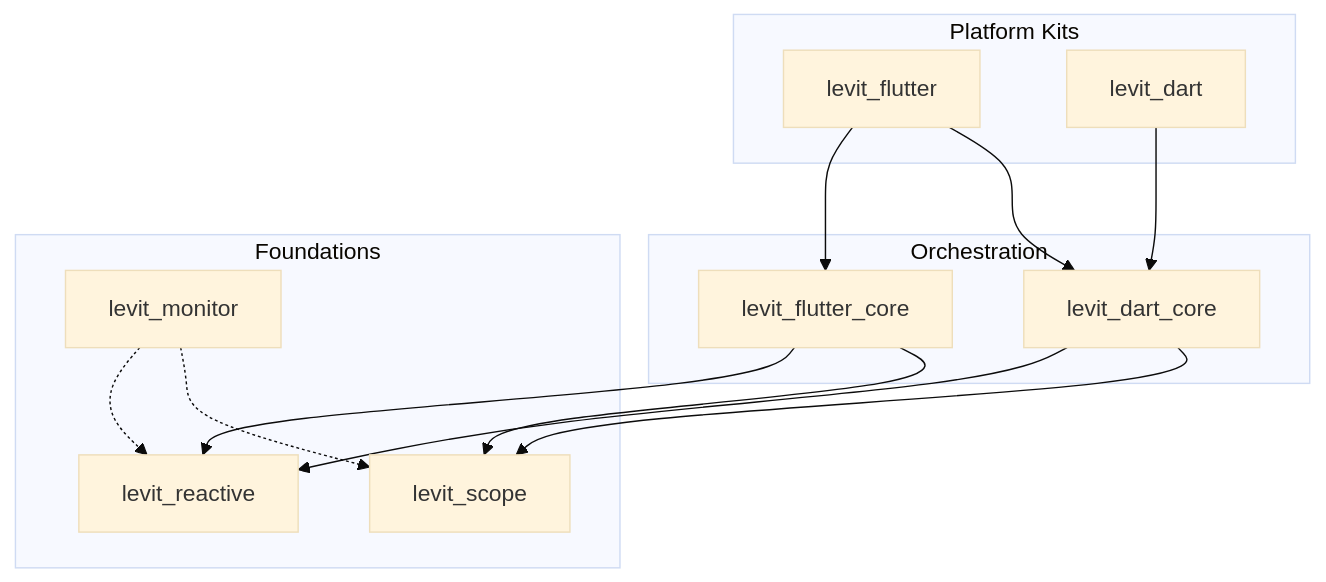
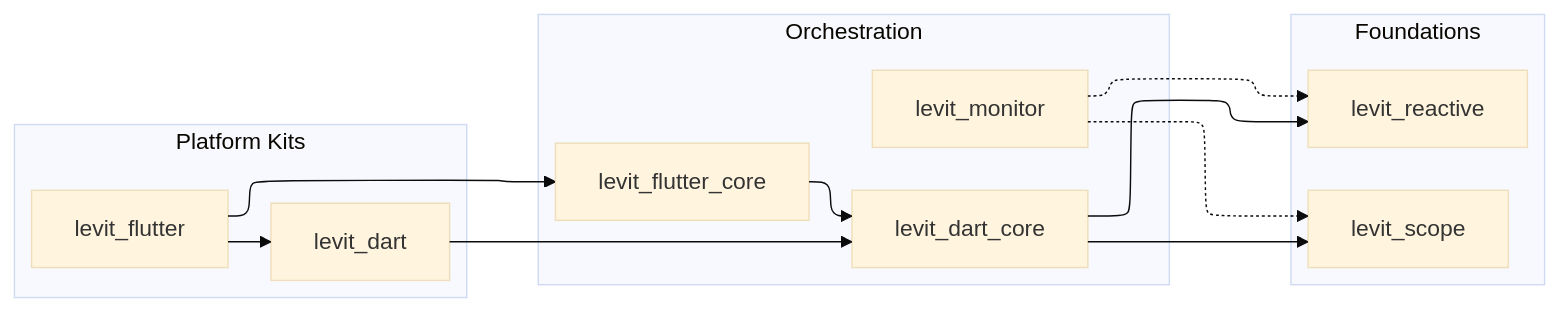
Before and after one commit to SoftiLab/levit: the diagram in README.md, drawn with Mermaid (base theme).

Commit message:
typo fix

````diff
--- a/README.md
+++ b/README.md
@@ -178,28 +178,25 @@
 ```mermaid
-flowchart TB
-  subgraph Platform["Platform Kits"]
-    Flutter["levit_flutter"]
-    Dart["levit_dart"]
+---
+config:
+  layout: elk
+---
+flowchart LR
+ subgraph Platform["Platform Kits"]
+        Flutter["levit_flutter"]
+        Dart["levit_dart"]
   end
-
-  subgraph Logic["Orchestration"]
-    DartCore["levit_dart_core"]
-    FlutterCore["levit_flutter_core"]
+ subgraph Logic["Orchestration"]
+        DartCore["levit_dart_core"]
+        FlutterCore["levit_flutter_core"]
+        Monitor["levit_monitor"]
   end
-
-  subgraph Engine["Foundations"]
-    Reactive["levit_reactive"]
-    Scope["levit_scope"]
-    Monitor["levit_monitor"]
+ subgraph Engine["Foundations"]
+        Reactive["levit_reactive"]
+        Scope["levit_scope"]
   end
-
-  Flutter --> FlutterCore
-  Flutter --> DartCore
-  Dart --> DartCore
-  DartCore --> Reactive
-  DartCore --> Scope
-  FlutterCore --> Reactive
-  FlutterCore --> Scope
-  Monitor -.-> Reactive
-  Monitor -.-> Scope
+    Dart --> DartCore
+    DartCore --> Reactive & Scope
+    Monitor -.-> Reactive & Scope
+    Flutter --> Dart & FlutterCore
+    FlutterCore --> DartCore
 ```
````
